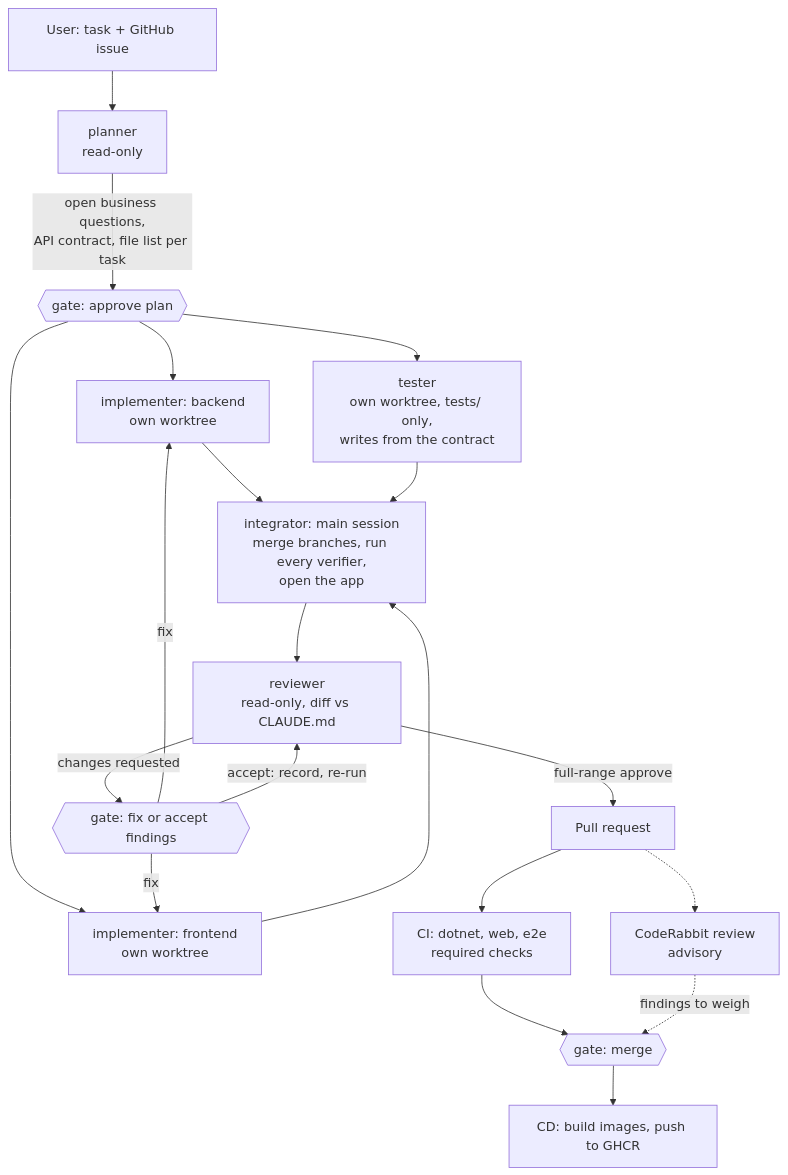
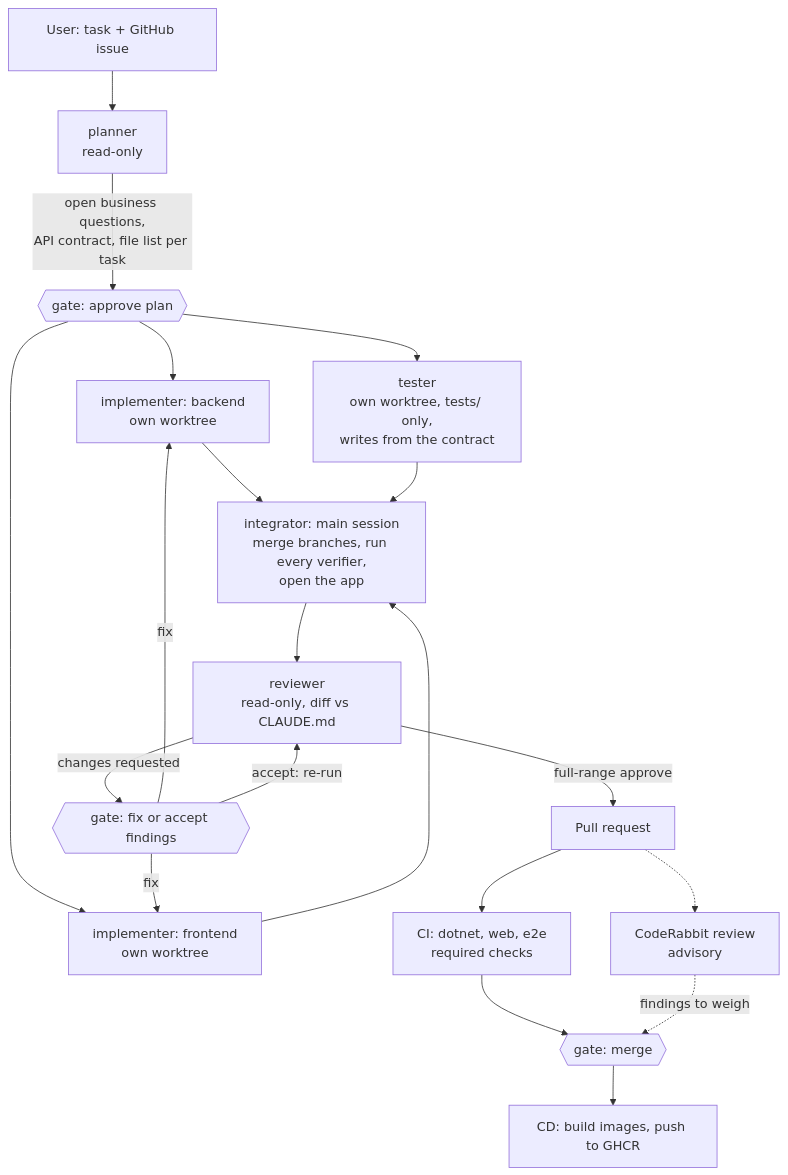
One commit to duytech/MiniPOS changed the diagram in README.md. Above: the diagram before and after it, drawn with Mermaid. The commit also changed 1 other file, not shown here.

Commit message:
88 | Define the full review range as what the push sends
Full-range review: reviewer.md counted uncommitted changes in the full range while CLAUDE.md, the
hook message and the checklist did not, so a dirty tree could block a stamp, or an uncommitted fix
could clear a bug in HEAD. The diagram label also implied every accepted finding is recorded.

````diff
--- a/README.md
+++ b/README.md
@@ -35,22 +35,22 @@
 ```mermaid
 flowchart TD
     U[User: task + GitHub issue] --> P[planner<br/>read-only]
     P -->|open business questions,<br/>API contract, file list per task| G1{{gate: approve plan}}
     G1 --> IB[implementer: backend<br/>own worktree]
     G1 --> IF[implementer: frontend<br/>own worktree]
     G1 --> T[tester<br/>own worktree, tests/ only,<br/>writes from the contract]
     IB --> I[integrator: main session<br/>merge branches, run every verifier,<br/>open the app]
     IF --> I
     T --> I
     I --> R[reviewer<br/>read-only, diff vs CLAUDE.md]
     R -->|changes requested| G2{{gate: fix or accept findings}}
     G2 -->|fix| IB
     G2 -->|fix| IF
-    G2 -->|accept: record, re-run| R
+    G2 -->|accept: re-run| R
     R -->|full-range approve| PR[Pull request]
     PR --> CI[CI: dotnet, web, e2e<br/>required checks]
     PR -.-> CR[CodeRabbit review<br/>advisory]
     CI --> G3{{gate: merge}}
     CR -.->|findings to weigh| G3
     G3 --> CD[CD: build images, push to GHCR]
 ```
````
